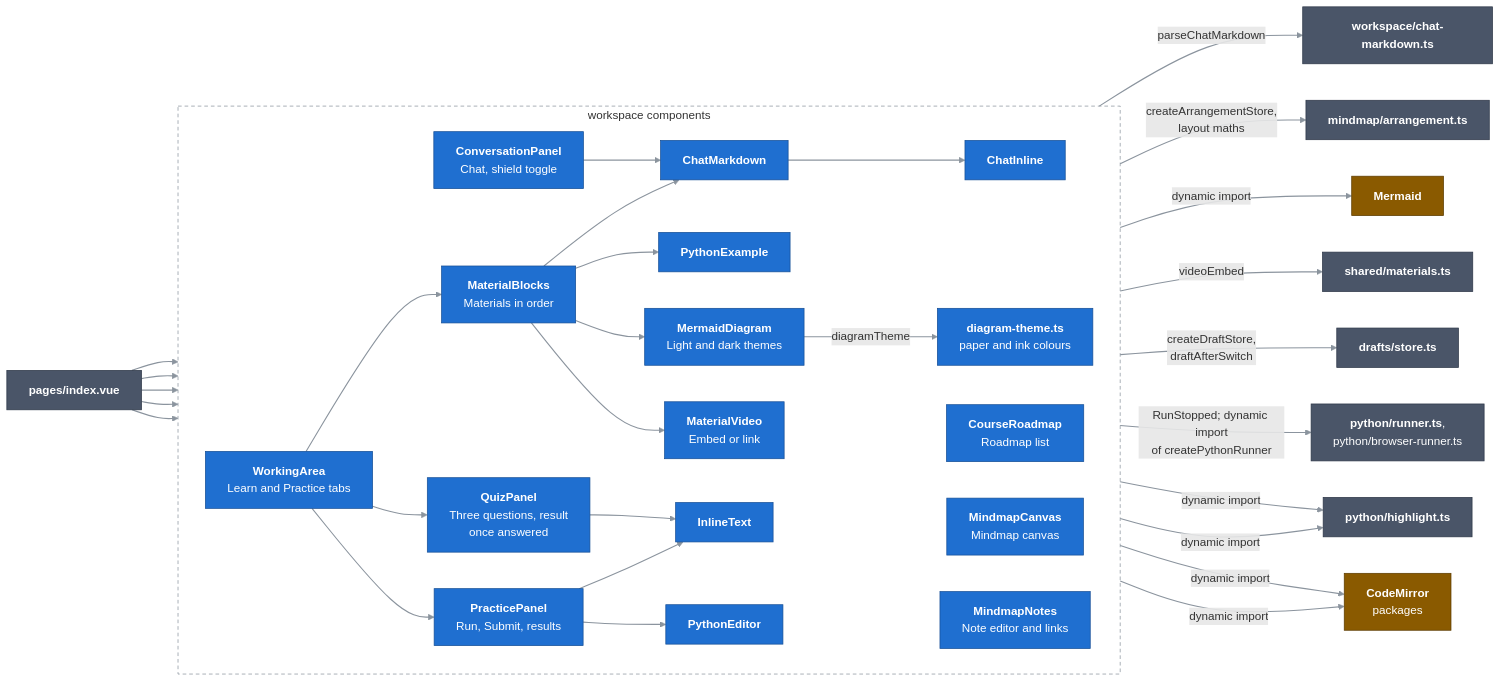
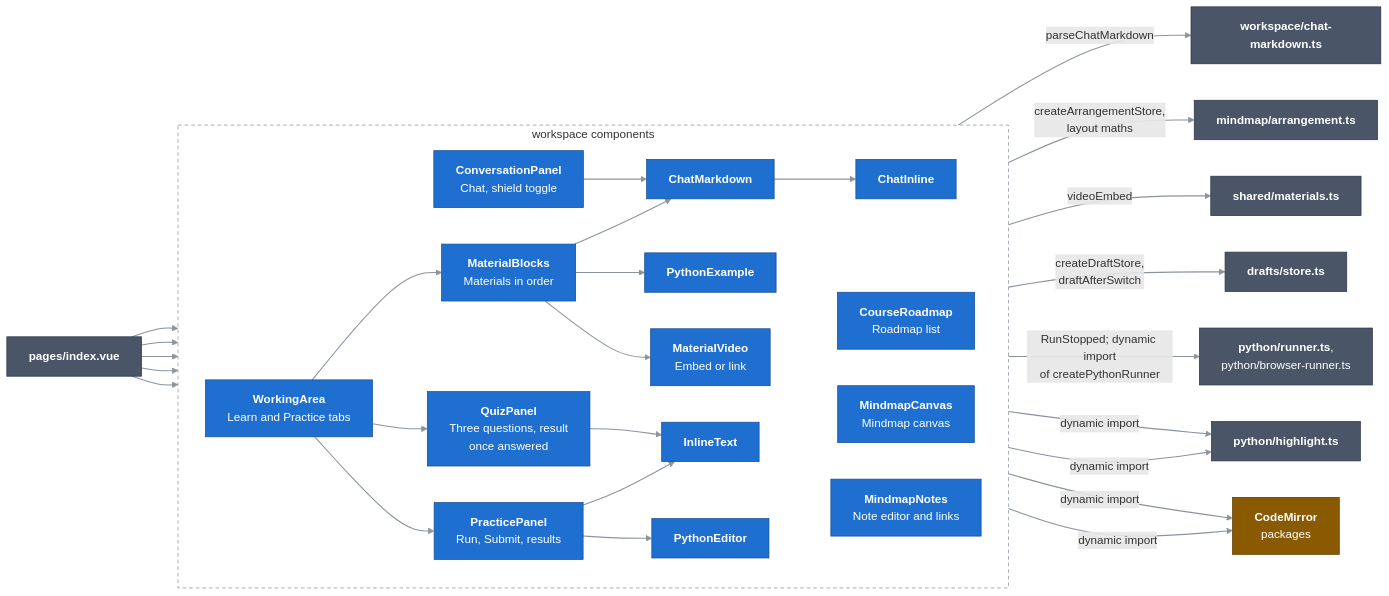
One commit to Bill2926/COS40005_HN9_Verifiable_Co-Learner_Agent changed the diagram in docs/c4/03-components/web-app/02-workspace-components.md. Above: the diagram before and after it, drawn with Mermaid. The commit also changed other lines of this file and 30 other files, not shown here.

Commit message:
Let lecturers upload images into materials and replace diagram blocks with images (#209)

````diff
--- a/docs/c4/03-components/web-app/02-workspace-components.md
+++ b/docs/c4/03-components/web-app/02-workspace-components.md
@@ -11,69 +11,63 @@
 ```mermaid
 flowchart LR
   classDef comp fill:#1f6fd0,stroke:#164f96,color:#ffffff
   classDef near fill:#4a5568,stroke:#2d3748,color:#ffffff
   classDef ext fill:#8a5a00,stroke:#5c3c00,color:#ffffff
   linkStyle default stroke:#8b949e,stroke-width:1.5px
 
   index["<b>pages/index.vue</b>"]:::near
 
   subgraph ws["workspace components"]
     direction LR
     conv["<b>ConversationPanel</b><br/>Chat, shield toggle"]:::comp
     cm["<b>ChatMarkdown</b>"]:::comp
     ci["<b>ChatInline</b>"]:::comp
     cr["<b>CourseRoadmap</b><br/>Roadmap list"]:::comp
     rc["<b>MindmapCanvas</b><br/>Mindmap canvas"]:::comp
     mn["<b>MindmapNotes</b><br/>Note editor and links"]:::comp
     wa["<b>WorkingArea</b><br/>Learn and Practice tabs"]:::comp
     mb["<b>MaterialBlocks</b><br/>Materials in order"]:::comp
     mv["<b>MaterialVideo</b><br/>Embed or link"]:::comp
-    mdg["<b>MermaidDiagram</b><br/>Light and dark themes"]:::comp
-    theme["<b>diagram-theme.ts</b><br/>paper and ink colours"]:::comp
     qz["<b>QuizPanel</b><br/>Three questions, result<br/>once answered"]:::comp
     pp["<b>PracticePanel</b><br/>Run, Submit, results"]:::comp
     pe["<b>PythonEditor</b>"]:::comp
     px["<b>PythonExample</b>"]:::comp
     it["<b>InlineText</b>"]:::comp
   end
 
   chatmd["<b>workspace/chat-markdown.ts</b>"]:::near
   mats["<b>shared/materials.ts</b>"]:::near
-  mermaidPkg["<b>Mermaid</b>"]:::ext
   arr["<b>mindmap/arrangement.ts</b>"]:::near
   drafts["<b>drafts/store.ts</b>"]:::near
   runner["<b>python/runner.ts</b>,<br/>python/browser-runner.ts"]:::near
   hl["<b>python/highlight.ts</b>"]:::near
   cmpkg["<b>CodeMirror</b><br/>packages"]:::ext
 
   index --> conv
   index --> cr
   index --> rc
   index --> mn
   index --> wa
   conv --> cm
   cm --> ci
   cm -->|"parseChatMarkdown"| chatmd
   rc -->|"createArrangementStore,<br/>layout maths"| arr
   wa --> mb
   wa --> pp
   wa --> qz
   mb --> cm
   mb --> px
-  mb --> mdg
   mb --> mv
-  mdg -->|"diagramTheme"| theme
-  mdg -->|"dynamic import"| mermaidPkg
   mv -->|"videoEmbed"| mats
   qz --> it
   pp --> pe
   pp --> it
   pp -->|"createDraftStore,<br/>draftAfterSwitch"| drafts
   pp -->|"RunStopped; dynamic import<br/>of createPythonRunner"| runner
   pe -->|"dynamic import"| hl
   px -->|"dynamic import"| hl
   pe -->|"dynamic import"| cmpkg
   px -->|"dynamic import"| cmpkg
 
   style ws fill:none,stroke:#8b949e,stroke-dasharray:5 4
 ```
````
